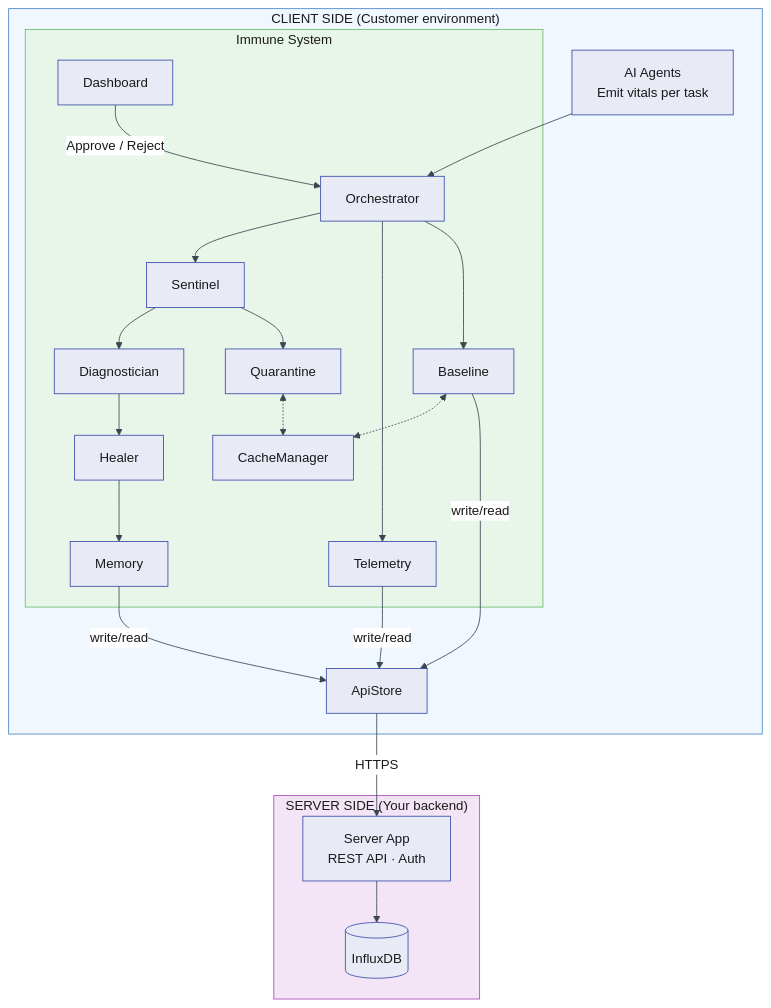
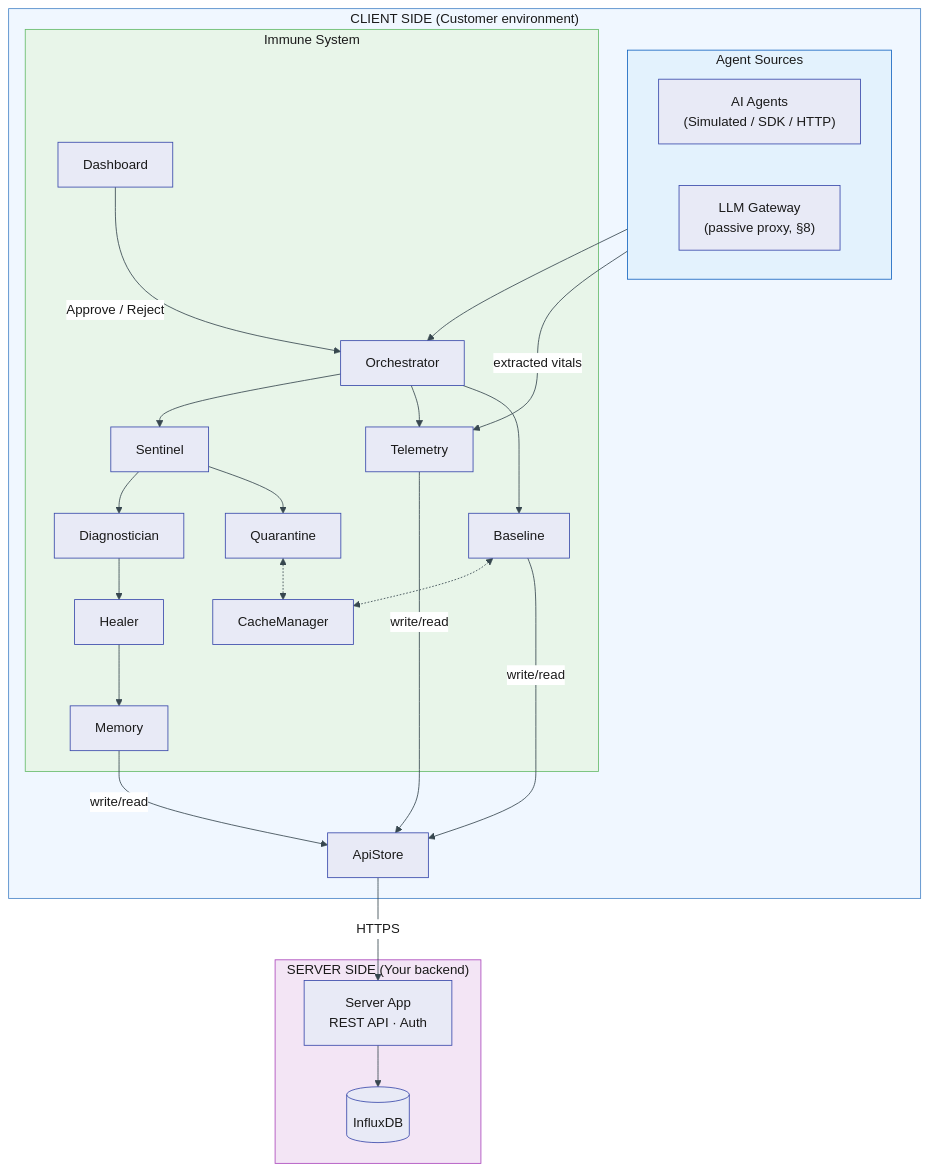
Before and after one commit to sanjaybommalene/ai-agent-immune-system: the first of 7 diagrams in docs/DOCS.md, drawn with Mermaid. The commit also changed other lines of this file and 37 other files, not shown here.

First line of the commit message:
LLM Gateway: passive agent observation, architecture decision doc, full test coverage

````diff
--- a/docs/DOCS.md
+++ b/docs/DOCS.md
@@ -29,39 +29,45 @@
 ```mermaid
 %%{init: {'theme': 'base', 'themeVariables': {'primaryColor': '#e8eaf6', 'primaryTextColor': '#1a1a1a', 'primaryBorderColor': '#3949ab', 'lineColor': '#37474f', 'secondaryColor': '#f3e5f5', 'tertiaryColor': '#e8f5e9', 'edgeLabelBackground': '#ffffff', 'clusterBkg': '#f5f5f5', 'clusterBorder': '#90a4ae'}}}%%
 flowchart TB
     subgraph client ["CLIENT SIDE (Customer environment)"]
-        Agents["AI Agents<br/>Emit vitals per task"]
+        subgraph sources ["Agent Sources"]
+            direction LR
+            Agents["AI Agents<br/>(Simulated / SDK / HTTP)"]
+            GW["LLM Gateway<br/>(passive proxy, §8)"]
+        end
 
         subgraph immune ["Immune System"]
             Orch[Orchestrator]
             Tel[Telemetry]
             BL[Baseline]
             BL <-.-> Cache["CacheManager"]
             Orch --> Sen[Sentinel]
             Sen --> Diag[Diagnostician] --> Heal[Healer]
             Sen --> Q[Quarantine]
             Q <-.-> Cache
             Heal --> Mem[Memory]
             Dash[Dashboard]
         end
 
         AS[ApiStore]
     end
 
     subgraph server ["SERVER SIDE (Your backend)"]
         API["Server App<br/>REST API · Auth"]
         DB[("InfluxDB")]
     end
 
     Agents --> Orch
+    GW -->|"extracted vitals"| Tel
     Orch --> Tel
     Orch --> BL
     Tel & BL & Mem -->|write/read| AS
     Dash -->|"Approve / Reject"| Orch
     AS -->|HTTPS| API
     API --> DB
 
     style client fill:#f0f7ff,stroke:#4a86c8,color:#1a1a1a
+    style sources fill:#e3f2fd,stroke:#1565c0,color:#1a1a1a
     style immune fill:#e8f5e9,stroke:#66bb6a,color:#1a1a1a
     style server fill:#f3e5f5,stroke:#ab47bc,color:#1a1a1a
 ```
````
